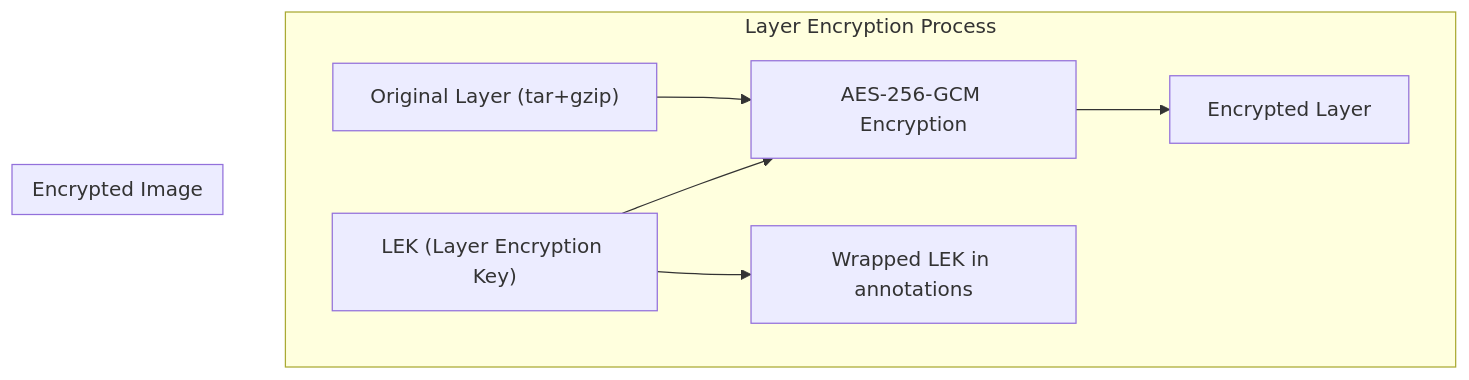
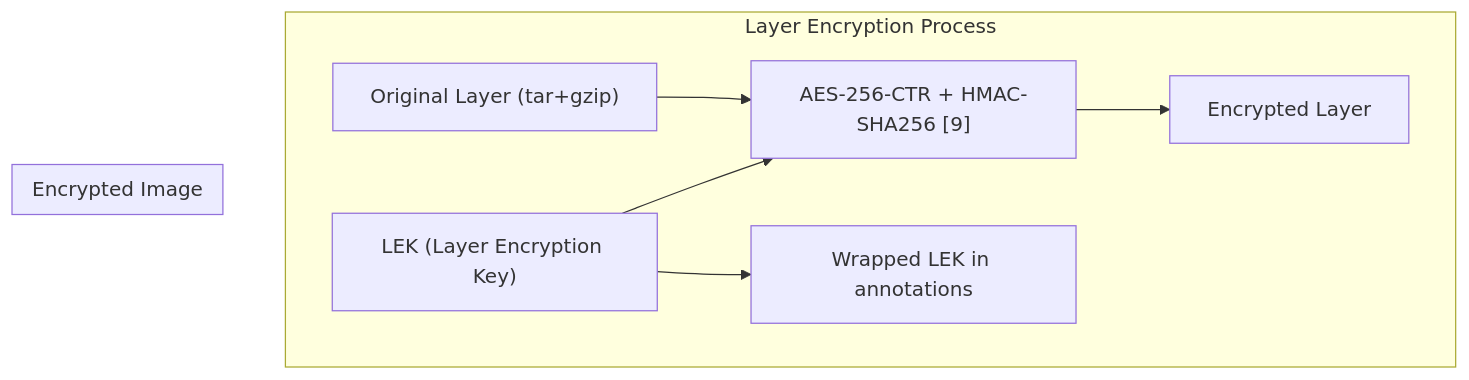
Before and after one commit to scontain/encrypted_container_images: the third of 14 diagrams in PROPOSAL.md, drawn with Mermaid. The commit also changed other lines of this file, not shown here.

````diff
--- a/PROPOSAL.md
+++ b/PROPOSAL.md
@@ -165,20 +170,20 @@
 ```mermaid
 flowchart TB
     subgraph Encryption["Layer Encryption Process"]
         OL["Original Layer (tar+gzip)"]
         LEK["LEK (Layer Encryption Key)"]
-        AES["AES-256-GCM Encryption"]
+        AES["AES-256-CTR + HMAC-SHA256 [9]"]
         EL["Encrypted Layer"]
         WLEK["Wrapped LEK in annotations"]
     end
     
     OL --> AES
     LEK --> AES
     AES --> EL
     LEK --> WLEK
     
     subgraph Result["Encrypted Image"]
         EL
         WLEK
     end
 ```
````
